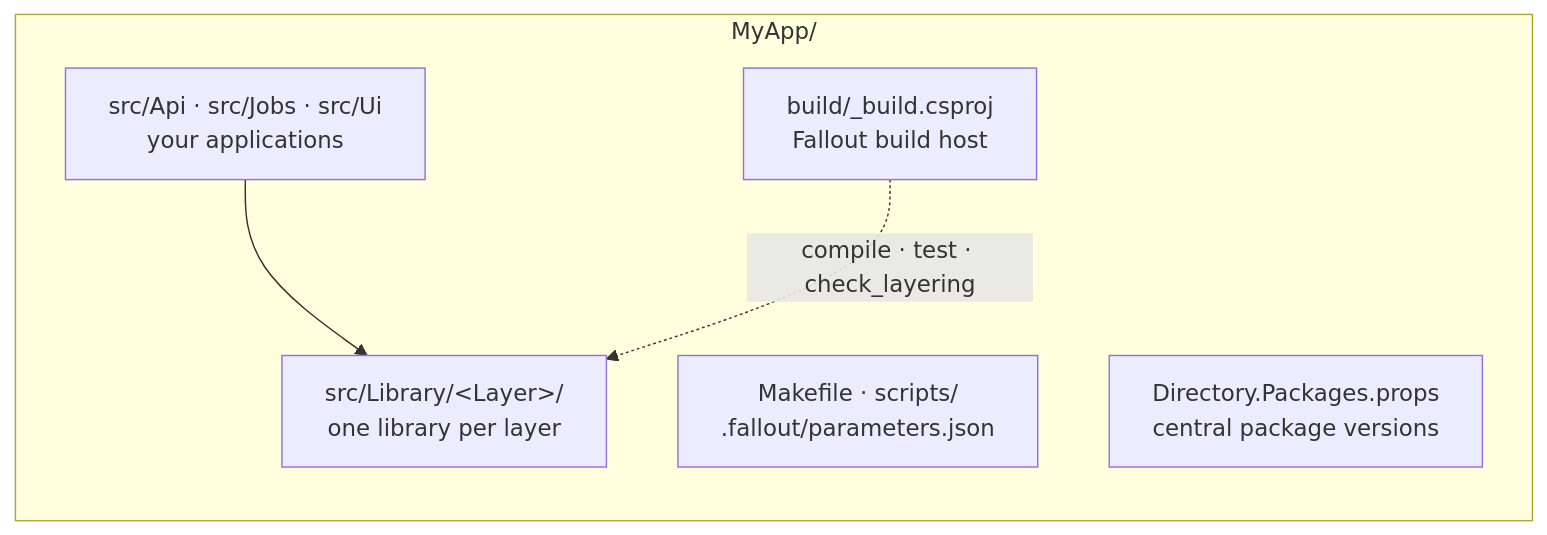
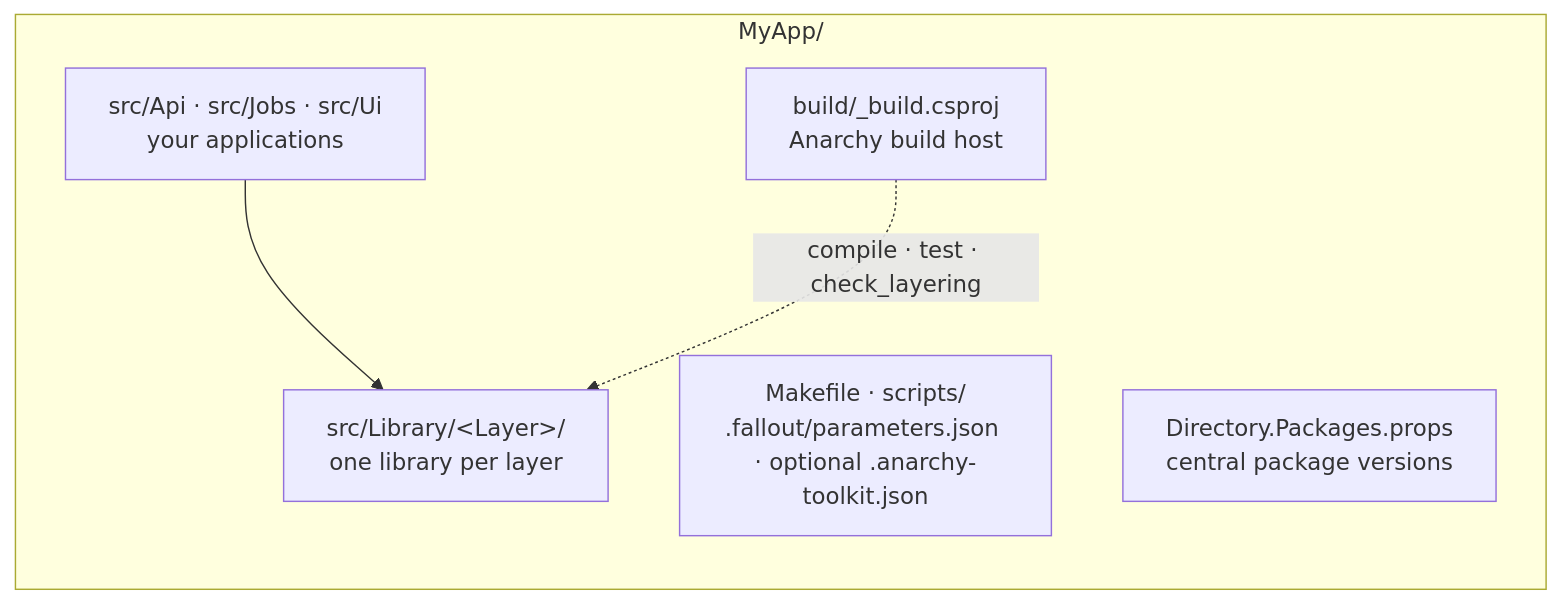
The diagram in docs/getting-started/cli-tool.md (anarchy-io/anarchy-toolkit), drawn with Mermaid before and after one commit. The commit also changed other lines of this file and 111 other files, not shown here.

First line of the commit message:
docs(onboarding): Align package guidance, skills, and architecture

````diff
--- a/docs/getting-started/cli-tool.md
+++ b/docs/getting-started/cli-tool.md
@@ -45,13 +50,13 @@
 ```mermaid
 flowchart LR
     subgraph Solution["MyApp/"]
         direction TB
         Libs["src/Library/&lt;Layer&gt;/<br/>one library per layer"]
         Apps["src/Api · src/Jobs · src/Ui<br/>your applications"]
-        Build["build/_build.csproj<br/>Fallout build host"]
-        Tooling["Makefile · scripts/<br/>.fallout/parameters.json"]
+        Build["build/_build.csproj<br/>Anarchy build host"]
+        Tooling["Makefile · scripts/<br/>.fallout/parameters.json · optional .anarchy-toolkit.json"]
         Props["Directory.Packages.props<br/>central package versions"]
     end
     Apps --> Libs
     Build -.->|"compile · test · check_layering"| Libs
 ```
````
